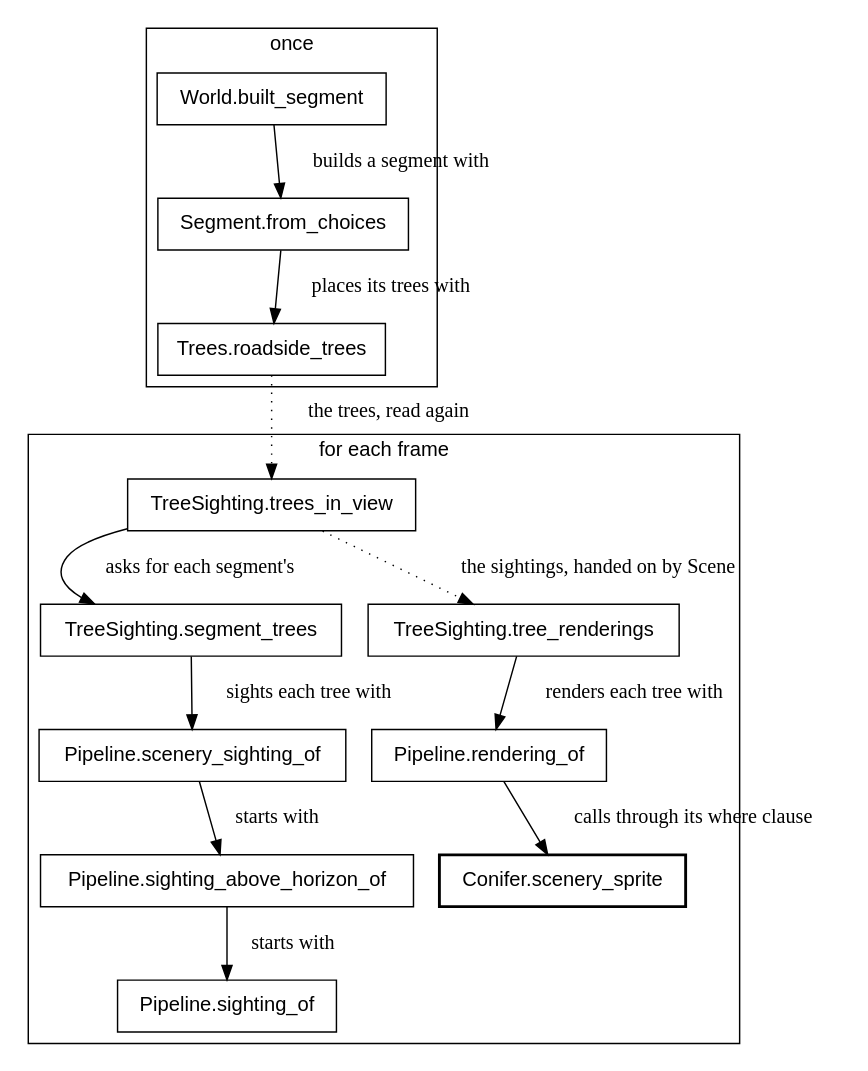
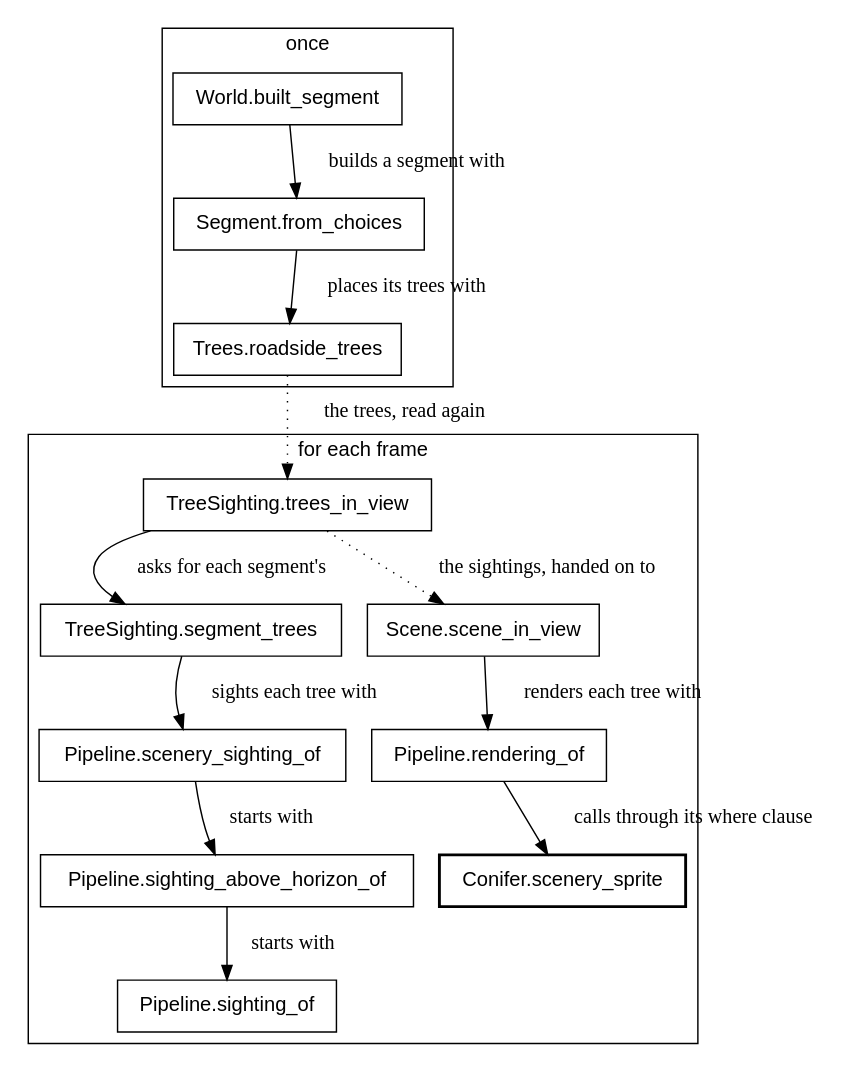
One commit to showell/roc-apps changed the eighth of 29 diagrams in canvas_apps/safari/tutorial/tutorial.md. Above: the diagram before and after it, drawn with Graphviz. The commit also changed other lines of this file and 3 other files, not shown here.

Commit message:
Inline TreeSighting.tree_renderings: Scene maps rendering_of over the trees, as it does for every kind

````diff
--- a/canvas_apps/safari/tutorial/tutorial.md
+++ b/canvas_apps/safari/tutorial/tutorial.md
@@ -1045,23 +1044,23 @@
 ```dot
 digraph roadside {
   node [shape=box, fontname="Helvetica"];
   fontname="Helvetica";
   subgraph cluster_once {
     label="once";
     "World.built_segment" -> "Segment.from_choices" [label="  builds a segment with"];
     "Segment.from_choices" -> "Trees.roadside_trees" [label="  places its trees with"];
   }
   subgraph cluster_frame {
     label="for each frame";
     "TreeSighting.trees_in_view" -> "TreeSighting.segment_trees" [label="  asks for each segment's"];
     "TreeSighting.segment_trees" -> "Pipeline.scenery_sighting_of" [label="  sights each tree with"];
     "Pipeline.scenery_sighting_of" -> "Pipeline.sighting_above_horizon_of" [label="  starts with"];
     "Pipeline.sighting_above_horizon_of" -> "Pipeline.sighting_of" [label="  starts with"];
-    "TreeSighting.tree_renderings" -> "Pipeline.rendering_of" [label="  renders each tree with"];
+    "Scene.scene_in_view" -> "Pipeline.rendering_of" [label="  renders each tree with"];
     "Pipeline.rendering_of" -> "Conifer.scenery_sprite" [label="  calls through its where clause"];
   }
   "Trees.roadside_trees" -> "TreeSighting.trees_in_view" [style=dotted, label="  the trees, read again"];
-  "TreeSighting.trees_in_view" -> "TreeSighting.tree_renderings" [style=dotted, label="  the sightings, handed on by Scene"];
+  "TreeSighting.trees_in_view" -> "Scene.scene_in_view" [style=dotted, label="  the sightings, handed on to"];
   "Conifer.scenery_sprite" [style=bold];
 }
 ```
````
